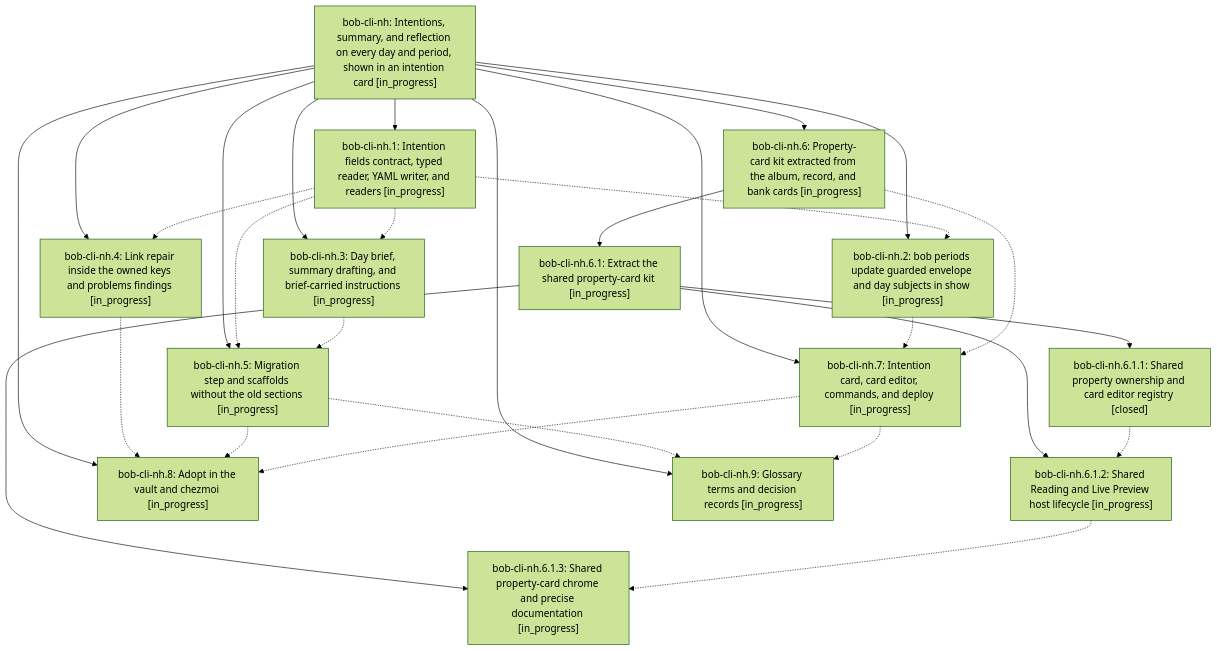
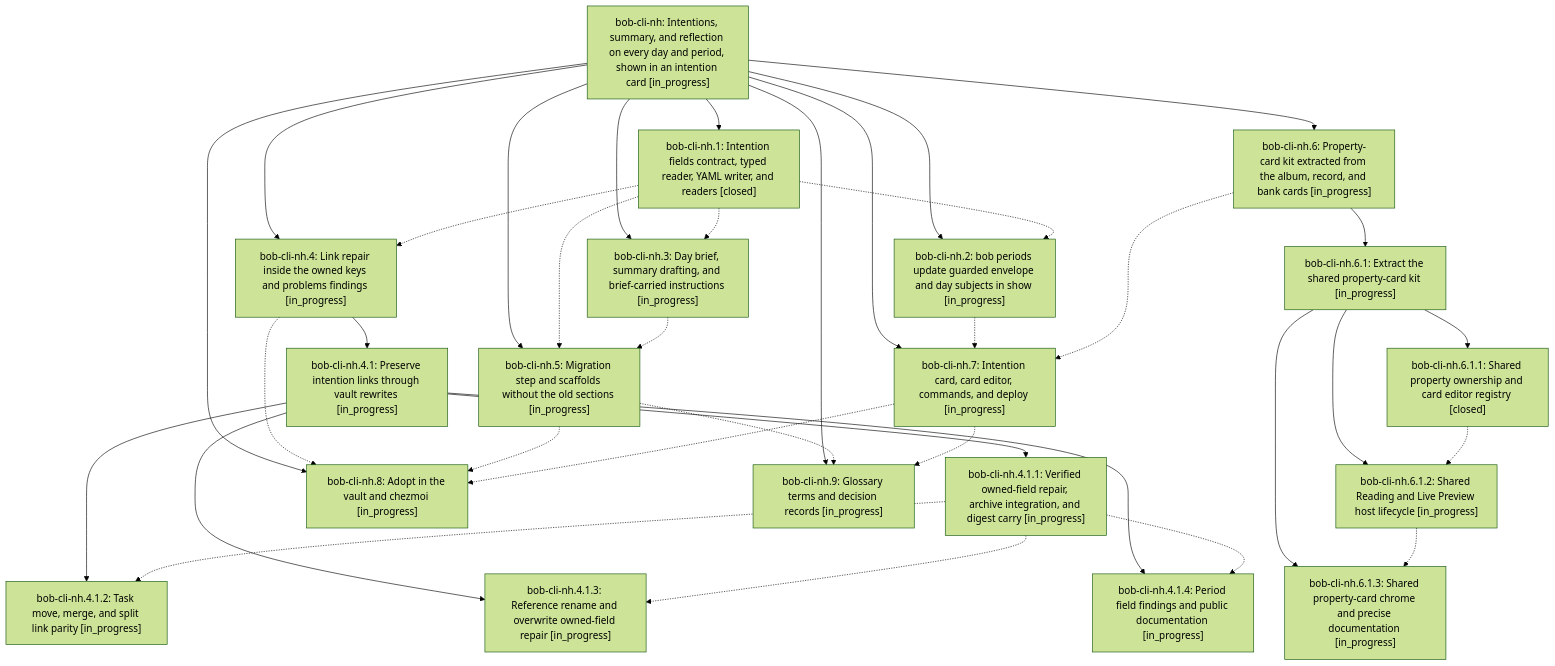
Before and after one commit to bobs-org/bob-cli--beads: the diagram in pages/bob-cli-nh/README.md, drawn with Mermaid (forest theme). The commit also changed other lines of this file and 10 other files, not shown here.

First line of the commit message:
chore(beads): sync bead state and pages for bob-cli-nh

````diff
--- a/pages/bob-cli-nh/README.md
+++ b/pages/bob-cli-nh/README.md
@@ -58,44 +58,57 @@
 ```mermaid
 flowchart TD
     n0["bob-cli-nh: Intentions, summary, and reflection on every day and period, shown in an intention card [in_progress]"]
-    n1["bob-cli-nh.1: Intention fields contract, typed reader, YAML writer, and readers [in_progress]"]
+    n1["bob-cli-nh.1: Intention fields contract, typed reader, YAML writer, and readers [closed]"]
     n2["bob-cli-nh.2: bob periods update guarded envelope and day subjects in show [in_progress]"]
     n3["bob-cli-nh.3: Day brief, summary drafting, and brief-carried instructions [in_progress]"]
     n4["bob-cli-nh.4: Link repair inside the owned keys and problems findings [in_progress]"]
-    n5["bob-cli-nh.5: Migration step and scaffolds without the old sections [in_progress]"]
-    n6["bob-cli-nh.6: Property-card kit extracted from the album, record, and bank cards [in_progress]"]
-    n7["bob-cli-nh.6.1: Extract the shared property-card kit [in_progress]"]
-    n8["bob-cli-nh.6.1.1: Shared property ownership and card editor registry [closed]"]
-    n9["bob-cli-nh.6.1.2: Shared Reading and Live Preview host lifecycle [in_progress]"]
-    n10["bob-cli-nh.6.1.3: Shared property-card chrome and precise documentation [in_progress]"]
-    n11["bob-cli-nh.7: Intention card, card editor, commands, and deploy [in_progress]"]
-    n12["bob-cli-nh.8: Adopt in the vault and chezmoi [in_progress]"]
-    n13["bob-cli-nh.9: Glossary terms and decision records [in_progress]"]
+    n5["bob-cli-nh.4.1: Preserve intention links through vault rewrites [in_progress]"]
+    n6["bob-cli-nh.4.1.1: Verified owned-field repair, archive integration, and digest carry [in_progress]"]
+    n7["bob-cli-nh.4.1.2: Task move, merge, and split link parity [in_progress]"]
+    n8["bob-cli-nh.4.1.3: Reference rename and overwrite owned-field repair [in_progress]"]
+    n9["bob-cli-nh.4.1.4: Period field findings and public documentation [in_progress]"]
+    n10["bob-cli-nh.5: Migration step and scaffolds without the old sections [in_progress]"]
+    n11["bob-cli-nh.6: Property-card kit extracted from the album, record, and bank cards [in_progress]"]
+    n12["bob-cli-nh.6.1: Extract the shared property-card kit [in_progress]"]
+    n13["bob-cli-nh.6.1.1: Shared property ownership and card editor registry [closed]"]
+    n14["bob-cli-nh.6.1.2: Shared Reading and Live Preview host lifecycle [in_progress]"]
+    n15["bob-cli-nh.6.1.3: Shared property-card chrome and precise documentation [in_progress]"]
+    n16["bob-cli-nh.7: Intention card, card editor, commands, and deploy [in_progress]"]
+    n17["bob-cli-nh.8: Adopt in the vault and chezmoi [in_progress]"]
+    n18["bob-cli-nh.9: Glossary terms and decision records [in_progress]"]
     n0 --> n1
     n0 --> n2
     n0 --> n3
     n0 --> n4
-    n0 --> n5
-    n0 --> n6
-    n6 --> n7
-    n7 --> n8
-    n7 --> n9
-    n7 --> n10
+    n4 --> n5
+    n5 --> n6
+    n5 --> n7
+    n5 --> n8
+    n5 --> n9
+    n0 --> n10
     n0 --> n11
-    n0 --> n12
-    n0 --> n13
+    n11 --> n12
+    n12 --> n13
+    n12 --> n14
+    n12 --> n15
+    n0 --> n16
+    n0 --> n17
+    n0 --> n18
     n1 -.-> n2
     n1 -.-> n3
     n1 -.-> n4
-    n1 -.-> n5
-    n2 -.-> n11
-    n3 -.-> n5
-    n4 -.-> n12
-    n5 -.-> n12
-    n5 -.-> n13
-    n6 -.-> n11
-    n8 -.-> n9
-    n9 -.-> n10
-    n11 -.-> n12
-    n11 -.-> n13
+    n1 -.-> n10
+    n2 -.-> n16
+    n3 -.-> n10
+    n4 -.-> n17
+    n6 -.-> n7
+    n6 -.-> n8
+    n6 -.-> n9
+    n10 -.-> n17
+    n10 -.-> n18
+    n11 -.-> n16
+    n13 -.-> n14
+    n14 -.-> n15
+    n16 -.-> n17
+    n16 -.-> n18
 ```
````
